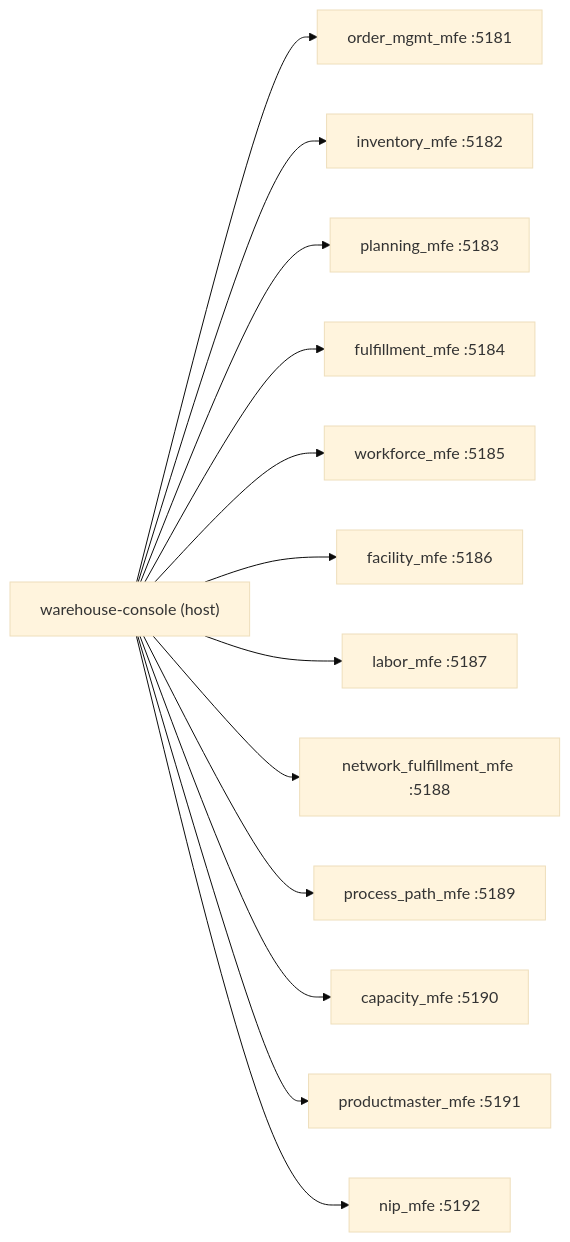
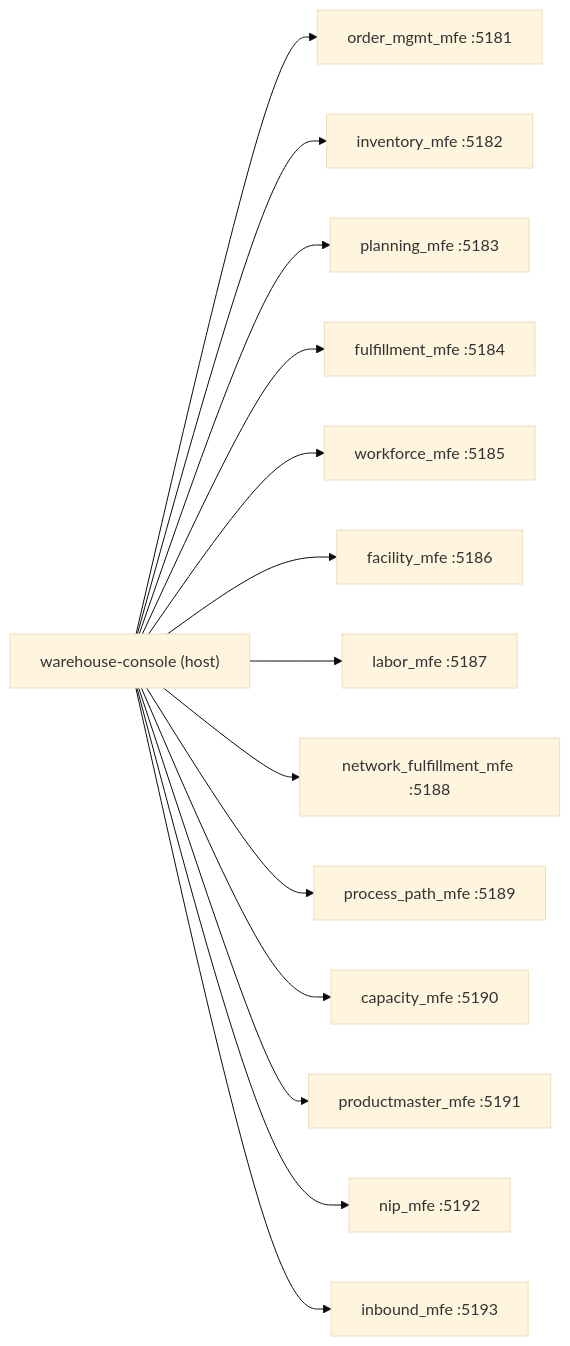
One commit to IQVO/warehouse-console changed the diagram in docs/docs/architecture/module-federation.md. Above: the diagram before and after it, drawn with Mermaid (base theme). The commit also changed other lines of this file and 13 other files, not shown here.

First line of the commit message:
feat(console): Inbound Receiving tile and remote registration (#73)

````diff
--- a/docs/docs/architecture/module-federation.md
+++ b/docs/docs/architecture/module-federation.md
@@ -14,29 +14,31 @@
 ```mermaid
 graph LR
   Console["warehouse-console (host)"]
   Orders["order_mgmt_mfe :5181"]
   Inventory["inventory_mfe :5182"]
   Planning["planning_mfe :5183"]
   Fulfillment["fulfillment_mfe :5184"]
   Workforce["workforce_mfe :5185"]
   Facility["facility_mfe :5186"]
   Labor["labor_mfe :5187"]
   NetFulfil["network_fulfillment_mfe :5188"]
   ProcessPath["process_path_mfe :5189"]
   Capacity["capacity_mfe :5190"]
   ProductMaster["productmaster_mfe :5191"]
   Nip["nip_mfe :5192"]
+  Inbound["inbound_mfe :5193"]
 
   Console --> Orders
   Console --> Inventory
   Console --> Planning
   Console --> Fulfillment
   Console --> Workforce
   Console --> Facility
   Console --> Labor
   Console --> NetFulfil
   Console --> ProcessPath
   Console --> Capacity
   Console --> ProductMaster
   Console --> Nip
+  Console --> Inbound
 ```
````
